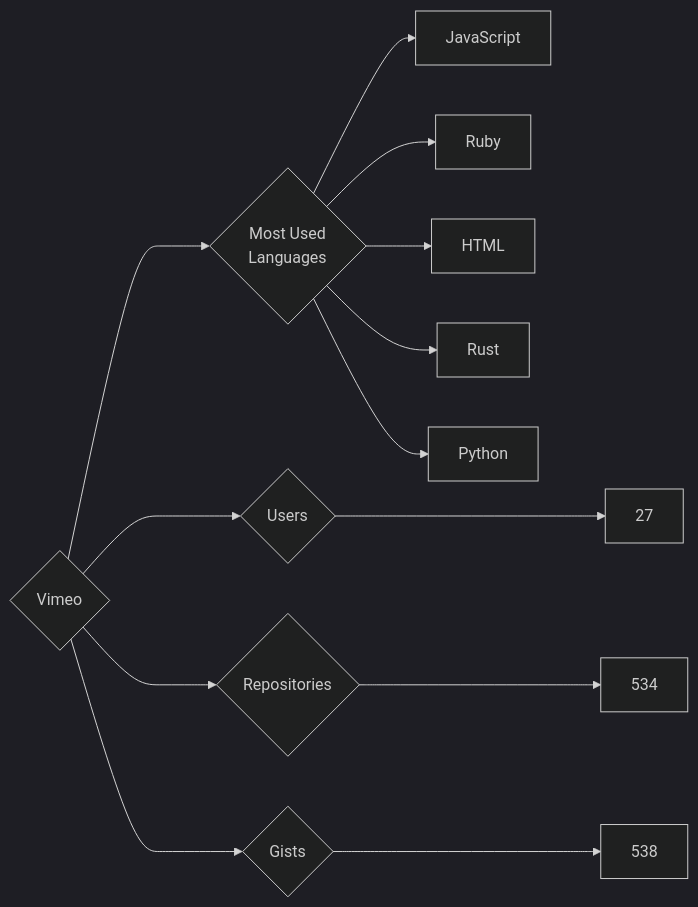
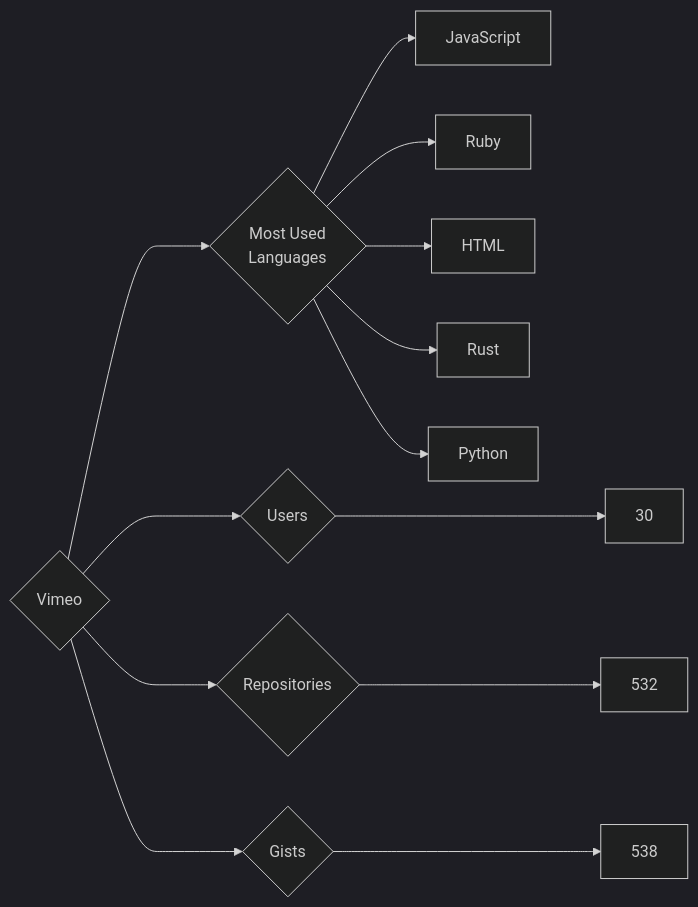
The diagram in targets/Vimeo/README.md (trickest/insiders), drawn with Mermaid (dark theme) before and after one commit. The commit also changed 814 other files, not shown here.

````diff
--- a/targets/Vimeo/README.md
+++ b/targets/Vimeo/README.md
@@ -3,13 +3,13 @@
 ```mermaid
 graph LR
 COMPANY_NAME{Vimeo}
-COMPANY_NAME ---> U{Users} ---> UN[27]
-COMPANY_NAME ---> R{Repositories} ---> RN[534]
+COMPANY_NAME ---> U{Users} ---> UN[30]
+COMPANY_NAME ---> R{Repositories} ---> RN[532]
 COMPANY_NAME ---> G{Gists} ---> GN[538]
 COMPANY_NAME ---> ML{Most Used<br>Languages}
 ML --> JavaScript[JavaScript]
 ML --> Ruby[Ruby]
 ML --> HTML[HTML]
 ML --> Rust[Rust]
 ML --> Python[Python]
 ```
````
